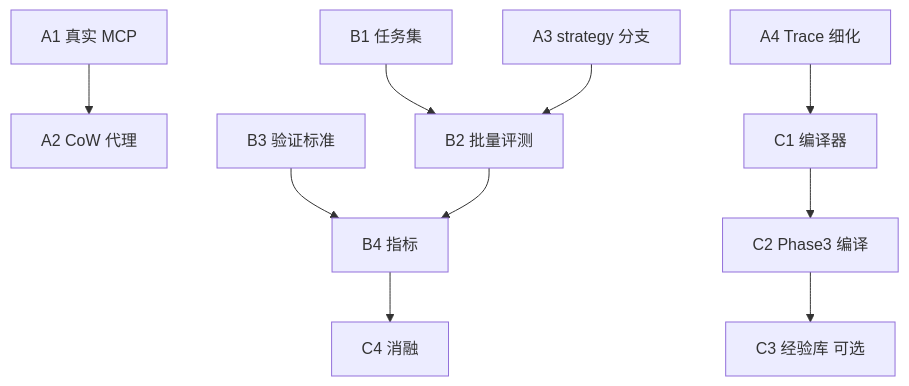
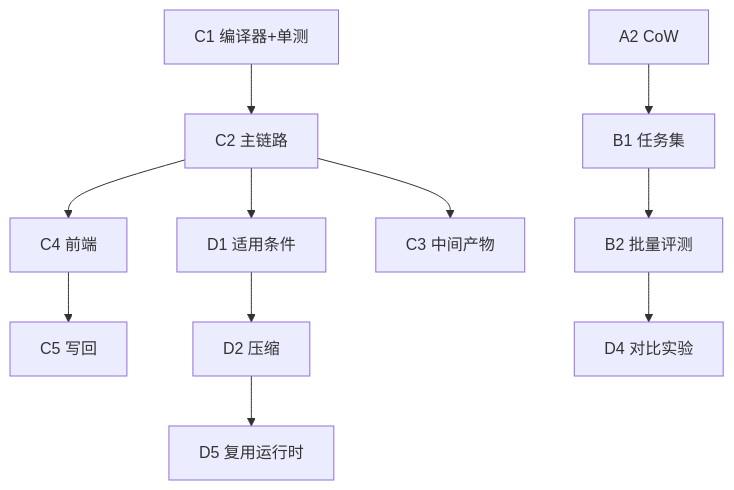
Before and after one commit to PolarSnowLeopard/Micro-Agent: the diagram in docs/simulation-build-roadmap.md, drawn with Mermaid. The commit also changed other lines of this file and 19 other files, not shown here.

````diff
--- a/docs/simulation-build-roadmap.md
+++ b/docs/simulation-build-roadmap.md
@@ -64,12 +81,13 @@
 ```mermaid
 flowchart TD
-    A1[A1 真实 MCP] --> A2[A2 CoW 代理]
-    B1[B1 任务集] --> B2[B2 批量评测]
-    A3[A3 strategy 分支] --> B2
-    A4[A4 Trace 细化] --> C1[C1 编译器]
-    B3[B3 验证标准] --> B4[B4 指标]
-    B2 --> B4
-    C1 --> C2[C2 Phase3 编译]
-    B4 --> C4[C4 消融]
-    C2 --> C3[C3 经验库 可选]
+    A2[A2 CoW] --> B1[B1 任务集]
+    B1 --> B2[B2 批量评测]
+    C1[C1 编译器+单测] --> C2[C2 主链路]
+    C2 --> C4[C4 前端]
+    C2 --> C3[C3 中间产物]
+    C4 --> C5[C5 写回]
+    C2 --> D1[D1 适用条件]
+    D1 --> D2[D2 压缩]
+    D2 --> D5[D5 复用运行时]
+    B2 --> D4[D4 对比实验]
 ```
````
